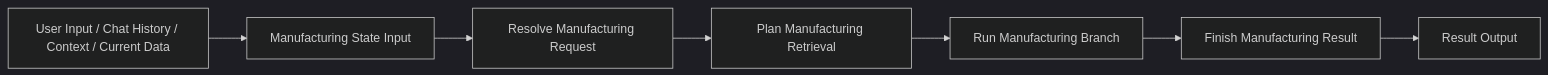
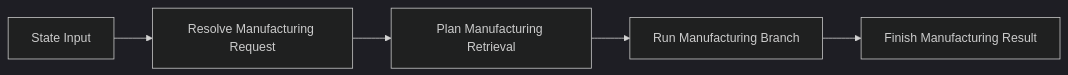
Before and after one commit to bongG-moon/agent_test_v2: the second of 3 diagrams in docs/LANGFLOW_CANVAS_EXAMPLE.md, drawn with Mermaid (dark theme). The commit also changed other lines of this file and 10 other files, not shown here.

````diff
--- a/docs/LANGFLOW_CANVAS_EXAMPLE.md
+++ b/docs/LANGFLOW_CANVAS_EXAMPLE.md
@@ -24,9 +19,7 @@
 ```mermaid
 flowchart LR
-    A["User Input / Chat History / Context / Current Data"] --> B["Manufacturing State Input"]
-    B --> C["Resolve Manufacturing Request"]
-    C --> D["Plan Manufacturing Retrieval"]
-    D --> E["Run Manufacturing Branch"]
-    E --> F["Finish Manufacturing Result"]
-    F --> G["Result Output"]
+    A["State Input"] --> B["Resolve Manufacturing Request"]
+    B --> C["Plan Manufacturing Retrieval"]
+    C --> D["Run Manufacturing Branch"]
+    D --> E["Finish Manufacturing Result"]
 ```
````
